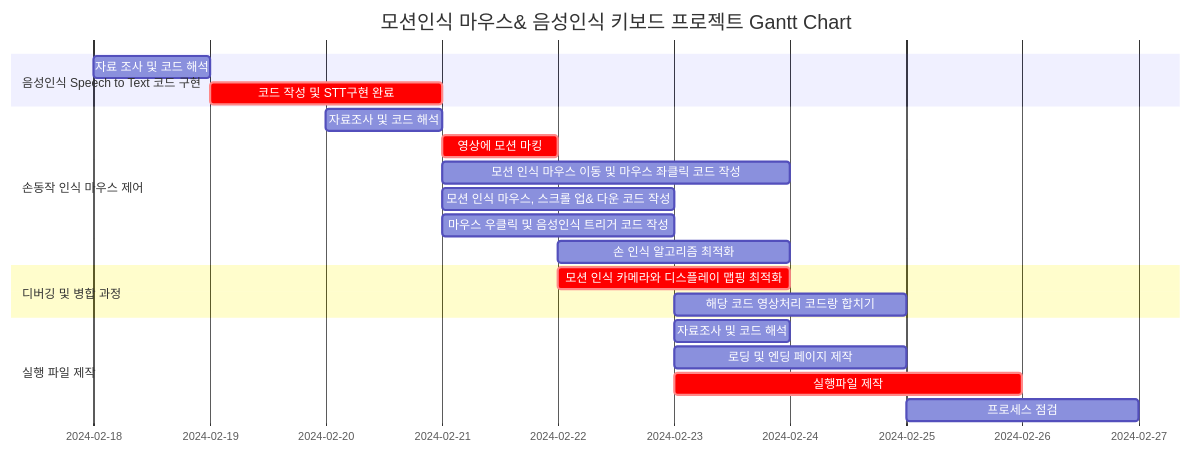
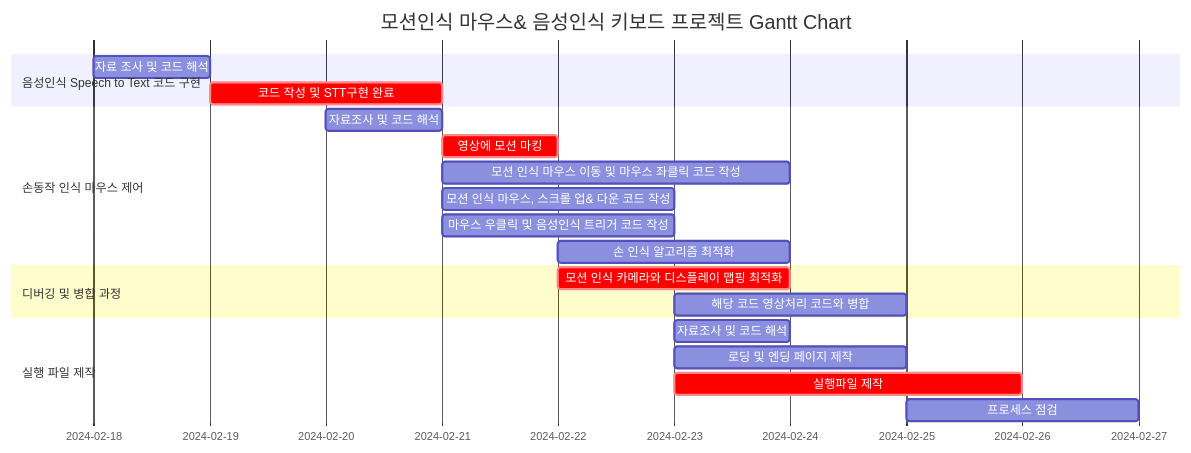
Before and after one commit to CodeMystero/motionKeyboardMouse: the diagram in README.md, drawn with Mermaid. The commit also changed other lines of this file, not shown here.

````diff
--- a/README.md
+++ b/README.md
@@ -62,28 +62,28 @@
 ```mermaid
 gantt
     dateFormat  MM-DD-YYYY
     title       모션인식 마우스& 음성인식 키보드 프로젝트 Gantt Chart
 	
 	section 음성인식 Speech to Text 코드 구현
 		자료 조사 및 코드 해석 :2024-02-18, 1d
                 코드 작성 및 STT구현 완료  :crit, 2024-02-19, 2d
 	
 	section 손동작 인식 마우스 제어
 		자료조사 및 코드 해석	: 2024-02-20, 1d
 		영상에 모션 마킹  :crit, 2024-02-21, 1d
 		모션 인식 마우스 이동 및 마우스 좌클릭 코드 작성 : 2024-02-21, 3d
 		모션 인식 마우스, 스크롤 업& 다운 코드 작성 : 2024-02-21, 2d
 		마우스 우클릭 및 음성인식 트리거 코드 작성  : 2024-02-21, 2d
 		손 인식 알고리즘 최적화 : 2024-02-22, 2d
 
 	section 디버깅 및 병합 과정
 		모션 인식 카메라와 디스플레이 맵핑 최적화 : crit, 2024-02-22, 2d
-		해당 코드 영상처리 코드랑 합치기 :2024-02-23, 2d
+		해당 코드 영상처리 코드와 병합 :2024-02-23, 2d
 
 	section 실행 파일 제작
 		자료조사 및 코드 해석 : 2024-02-23, 1d
 		로딩 및 엔딩 페이지 제작 : 2024-02-23, 2d
 		실행파일 제작 : crit, 2024-02-23, 3d
 		프로세스 점검 : cirt, 2024-02-25, 2d
 
 ```
````
